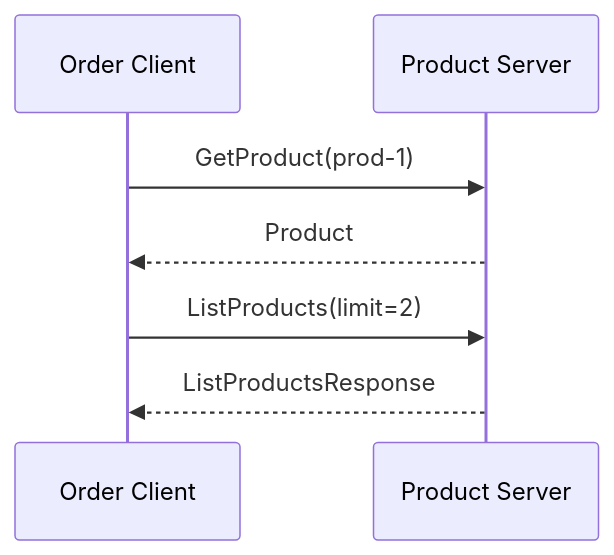
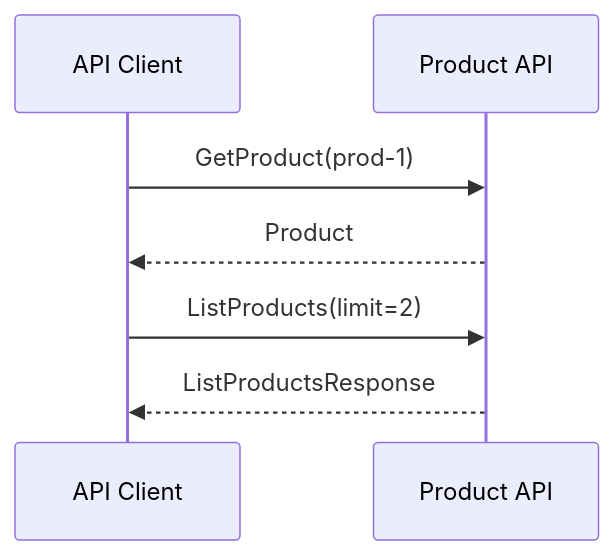
The diagram in docs/INTEGRATION.md (felipelimaa/grpc-go-fx), drawn with Mermaid before and after one commit. The commit also changed other lines of this file and 14 other files, not shown here.

````diff
--- a/docs/INTEGRATION.md
+++ b/docs/INTEGRATION.md
@@ -29,10 +28,10 @@
 ```mermaid
 sequenceDiagram
-    participant OrderClient as Order Client
-    participant ProductServer as Product Server
+    participant Client as API Client
+    participant ProductAPI as Product API
 
-    OrderClient->>ProductServer: GetProduct(prod-1)
-    ProductServer-->>OrderClient: Product
-    OrderClient->>ProductServer: ListProducts(limit=2)
-    ProductServer-->>OrderClient: ListProductsResponse
+    Client->>ProductAPI: GetProduct(prod-1)
+    ProductAPI-->>Client: Product
+    Client->>ProductAPI: ListProducts(limit=2)
+    ProductAPI-->>Client: ListProductsResponse
 ```
````
